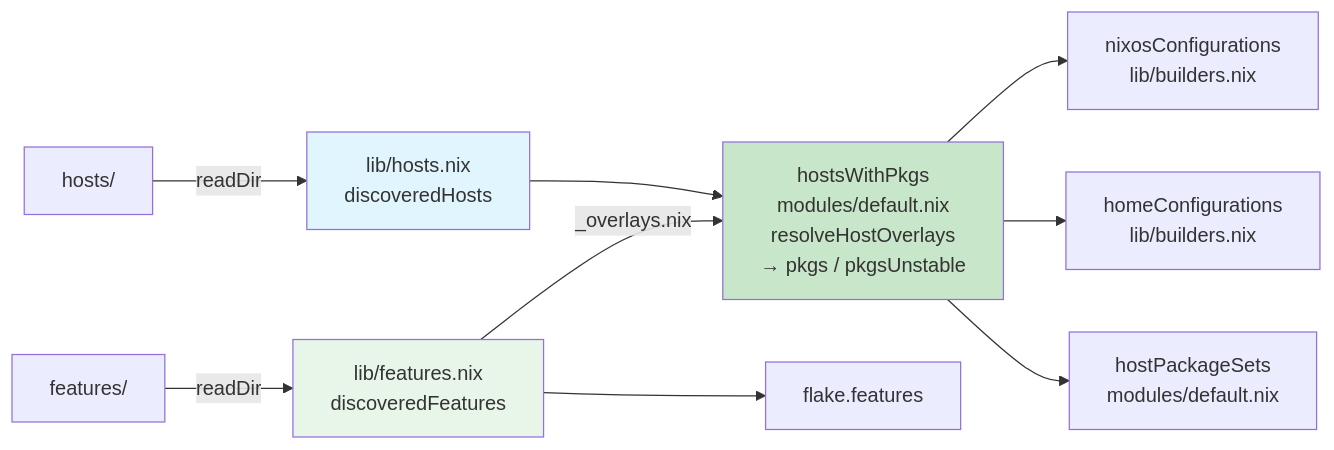
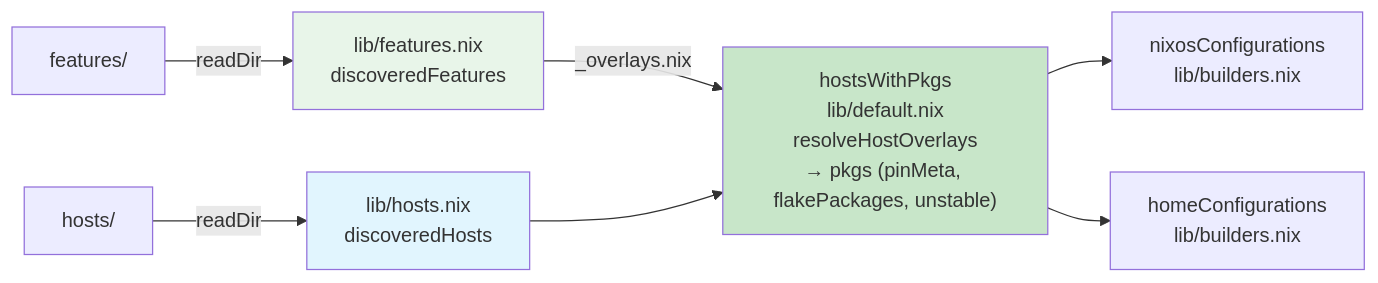
One commit to WombatFromHell/automatic-palm-tree changed the seventh of 7 diagrams in DESIGN.md. Above: the diagram before and after it, drawn with Mermaid. The commit also changed other lines of this file and 49 other files, not shown here.

````diff
--- a/DESIGN.md
+++ b/DESIGN.md
@@ -217,15 +213,13 @@
 ```mermaid
 graph LR
     hosts["hosts/"] -- readDir --> disc["lib/hosts.nix\ndiscoveredHosts"]
     features["features/"] -- readDir --> featMap["lib/features.nix\ndiscoveredFeatures"]
-    featMap -- "_overlays.nix" --> hostsWithPkgs["hostsWithPkgs\nmodules/default.nix\nresolveHostOverlays\n→ pkgs / pkgsUnstable"]
+    featMap -- "_overlays.nix" --> hostsWithPkgs["hostsWithPkgs\nlib/default.nix\nresolveHostOverlays\n→ pkgs (pinMeta, flakePackages, unstable)"]
     disc --> hostsWithPkgs
     hostsWithPkgs --> nixosOut["nixosConfigurations\nlib/builders.nix"]
     hostsWithPkgs --> hmOut["homeConfigurations\nlib/builders.nix"]
-    hostsWithPkgs --> pkgSets["hostPackageSets\nmodules/default.nix"]
-    featMap --> flakeFeat["flake.features"]
 
     style disc fill:#e1f5fe
     style featMap fill:#e8f5e9
     style hostsWithPkgs fill:#c8e6c9
 ```
````
